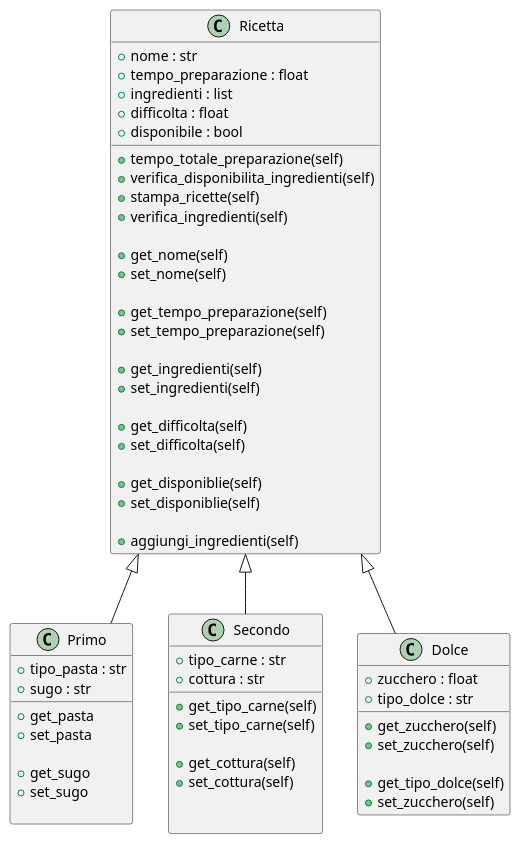
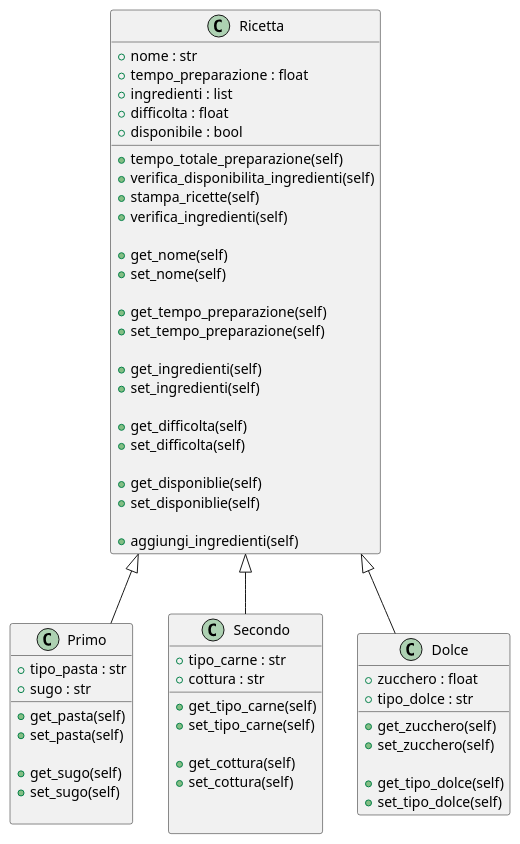
One commit to MarcoArlotti/ssh_sync_4- changed the diagram in arlotti_es11/es11.puml. Above: the diagram before and after it, drawn with PlantUML. The commit also changed 2 other files, not shown here.

```diff
--- a/arlotti_es11/es11.puml
+++ b/arlotti_es11/es11.puml
@@ -1,69 +1,69 @@
 Ricetta ^-- Primo
 Ricetta ^-- Secondo
 Ricetta ^-- Dolce
 
 class Ricetta {
     +nome : str
     +tempo_preparazione : float
     +ingredienti : list
     +difficolta : float
     +disponibile : bool
     __
     +tempo_totale_preparazione(self) 
     +verifica_disponibilita_ingredienti(self)
     +stampa_ricette(self)
     +verifica_ingredienti(self)
 
     +get_nome(self)
     +set_nome(self)
     
     +get_tempo_preparazione(self)
     +set_tempo_preparazione(self)
 
     +get_ingredienti(self)
     +set_ingredienti(self)
 
     +get_difficolta(self)
     +set_difficolta(self)
 
     +get_disponiblie(self)
     +set_disponiblie(self)
 
     +aggiungi_ingredienti(self)
 }
 
 class Primo {
     +tipo_pasta : str
     +sugo : str
     __
-    +get_pasta
-    +set_pasta
-
-    +get_sugo
-    +set_sugo
+    +get_pasta(self)
+    +set_pasta(self)
+    
+    +get_sugo(self)
+    +set_sugo(self)
 
 }
 
 class Secondo {
     +tipo_carne : str
     +cottura : str
     __
     +get_tipo_carne(self)
     +set_tipo_carne(self)
 
     +get_cottura(self)
     +set_cottura(self)
 
 
 }
 
 class Dolce {
     +zucchero : float
     +tipo_dolce : str
     __
     +get_zucchero(self)
     +set_zucchero(self)
 
     +get_tipo_dolce(self)
-    +set_zucchero(self)
+    +set_tipo_dolce(self)
 }
```
